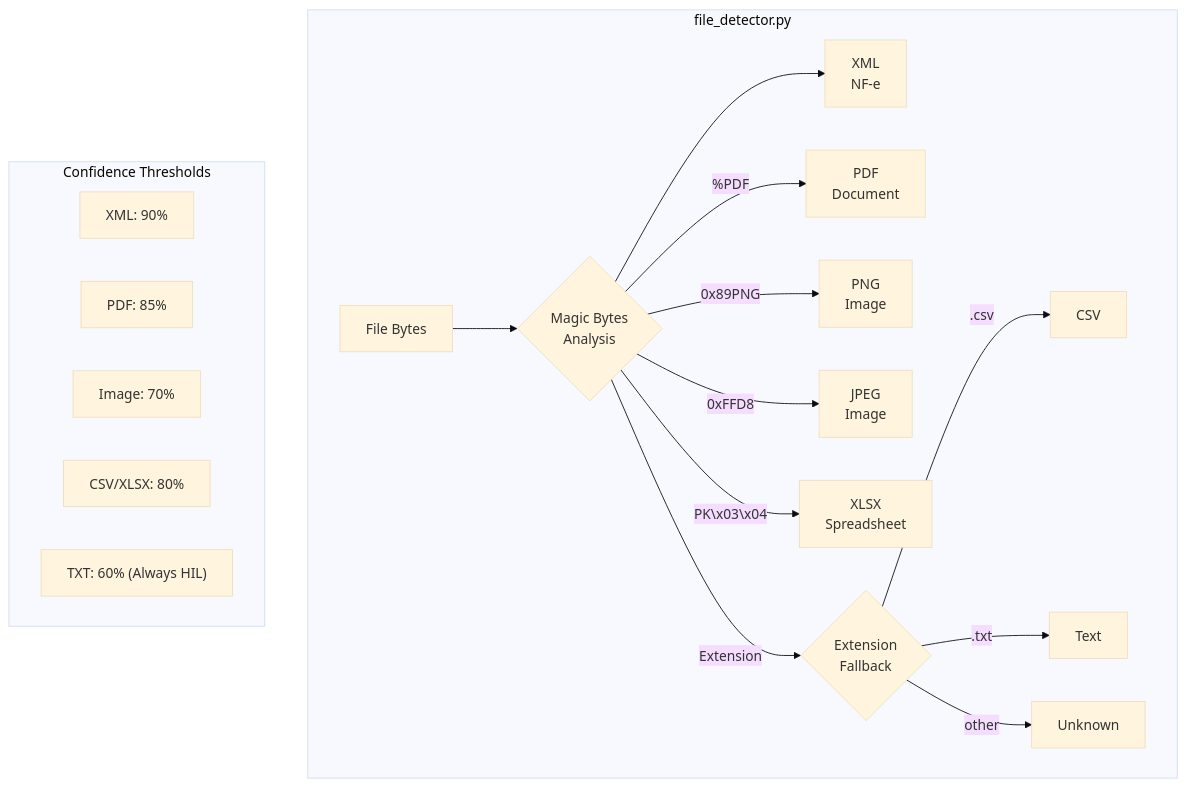
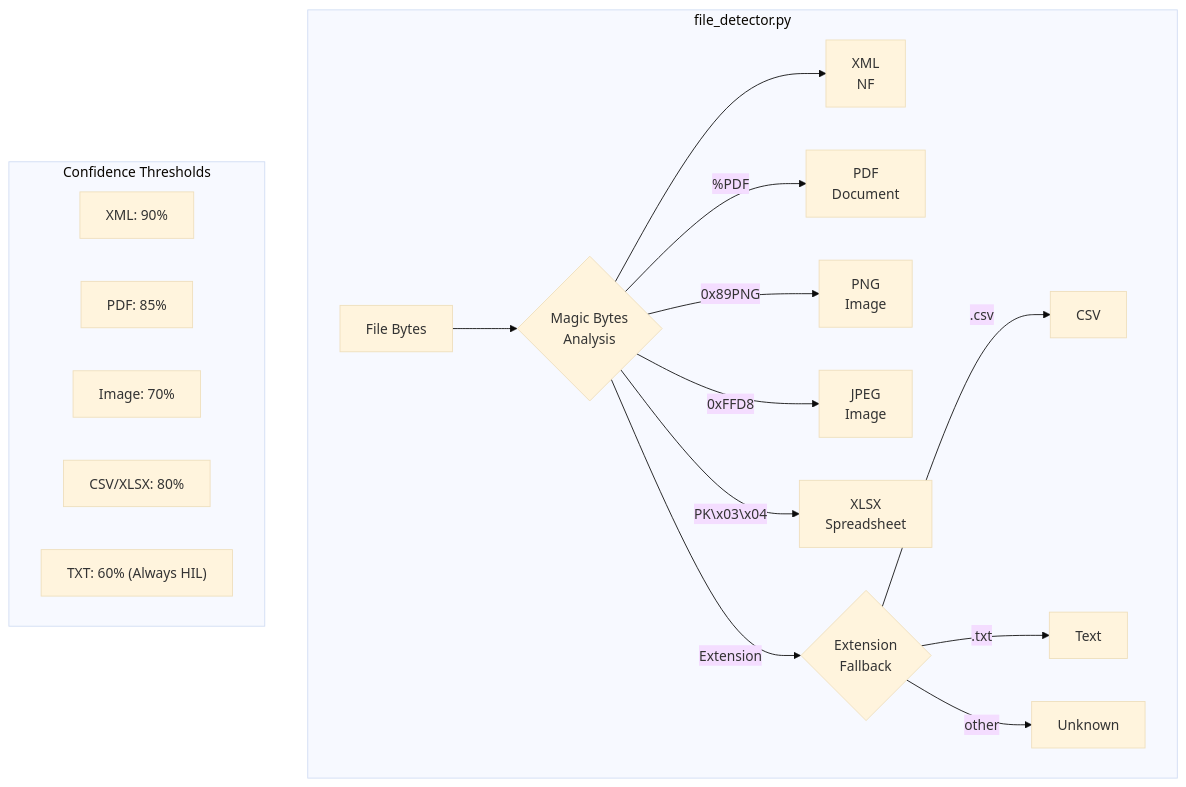
The eighth of 17 diagrams in docs/architecture/SGA_ESTOQUE_ARCHITECTURE.md (LPDigital-Agent/lpd-faiston-allinone), drawn with Mermaid (base theme) before and after one commit. The commit also changed other lines of this file and 37 other files, not shown here.

````diff
--- a/docs/architecture/SGA_ESTOQUE_ARCHITECTURE.md
+++ b/docs/architecture/SGA_ESTOQUE_ARCHITECTURE.md
@@ -339,25 +339,25 @@
 ```mermaid
 flowchart TB
     subgraph "file_detector.py"
         FB[File Bytes] --> MB{Magic Bytes\nAnalysis}
 
-        MB -->|"<?xml"| XML[XML\nNF-e]
+        MB -->|"<?xml"| XML[XML\nNF]
         MB -->|"%PDF"| PDF[PDF\nDocument]
         MB -->|"0x89PNG"| PNG[PNG\nImage]
         MB -->|"0xFFD8"| JPG[JPEG\nImage]
         MB -->|"PK\x03\x04"| XLSX[XLSX\nSpreadsheet]
         MB -->|Extension| EXT{Extension\nFallback}
 
         EXT -->|.csv| CSV[CSV]
         EXT -->|.txt| TXT[Text]
         EXT -->|other| UNK[Unknown]
     end
 
     subgraph "Confidence Thresholds"
         CT1["XML: 90%"]
         CT2["PDF: 85%"]
         CT3["Image: 70%"]
         CT4["CSV/XLSX: 80%"]
         CT5["TXT: 60% (Always HIL)"]
     end
 ```
````
